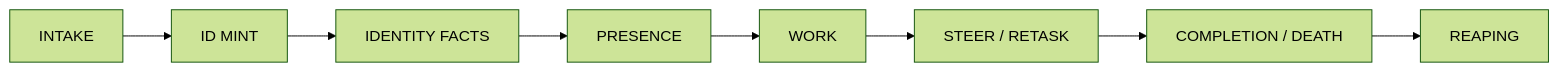
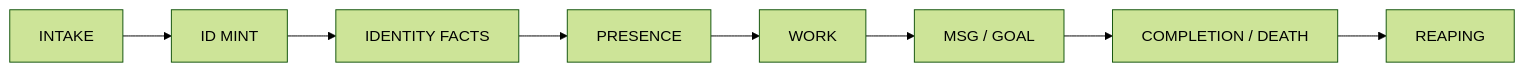
One commit to tompassarelli/north changed the first of 10 diagrams in docs/workflow-map.md. Above: the diagram before and after it, drawn with Mermaid (forest theme). The commit also changed other lines of this file and 6 other files, not shown here.

First line of the commit message:
docs: the prose says msg and goal too

````diff
--- a/docs/workflow-map.md
+++ b/docs/workflow-map.md
@@ -66,4 +66,4 @@
 ```mermaid
 flowchart LR
-    I[INTAKE] --> M[ID MINT] --> IDF[IDENTITY FACTS] --> P[PRESENCE] --> W[WORK] --> S[STEER / RETASK] --> C[COMPLETION / DEATH] --> R[REAPING]
+    I[INTAKE] --> M[ID MINT] --> IDF[IDENTITY FACTS] --> P[PRESENCE] --> W[WORK] --> S[MSG / GOAL] --> C[COMPLETION / DEATH] --> R[REAPING]
 ```
````
